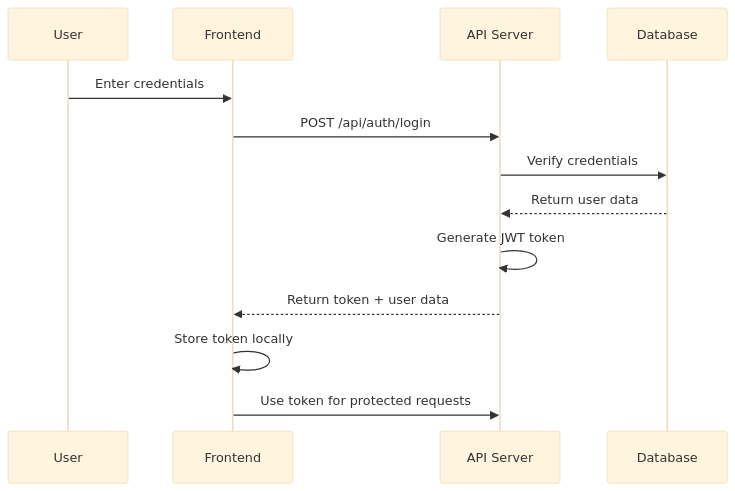
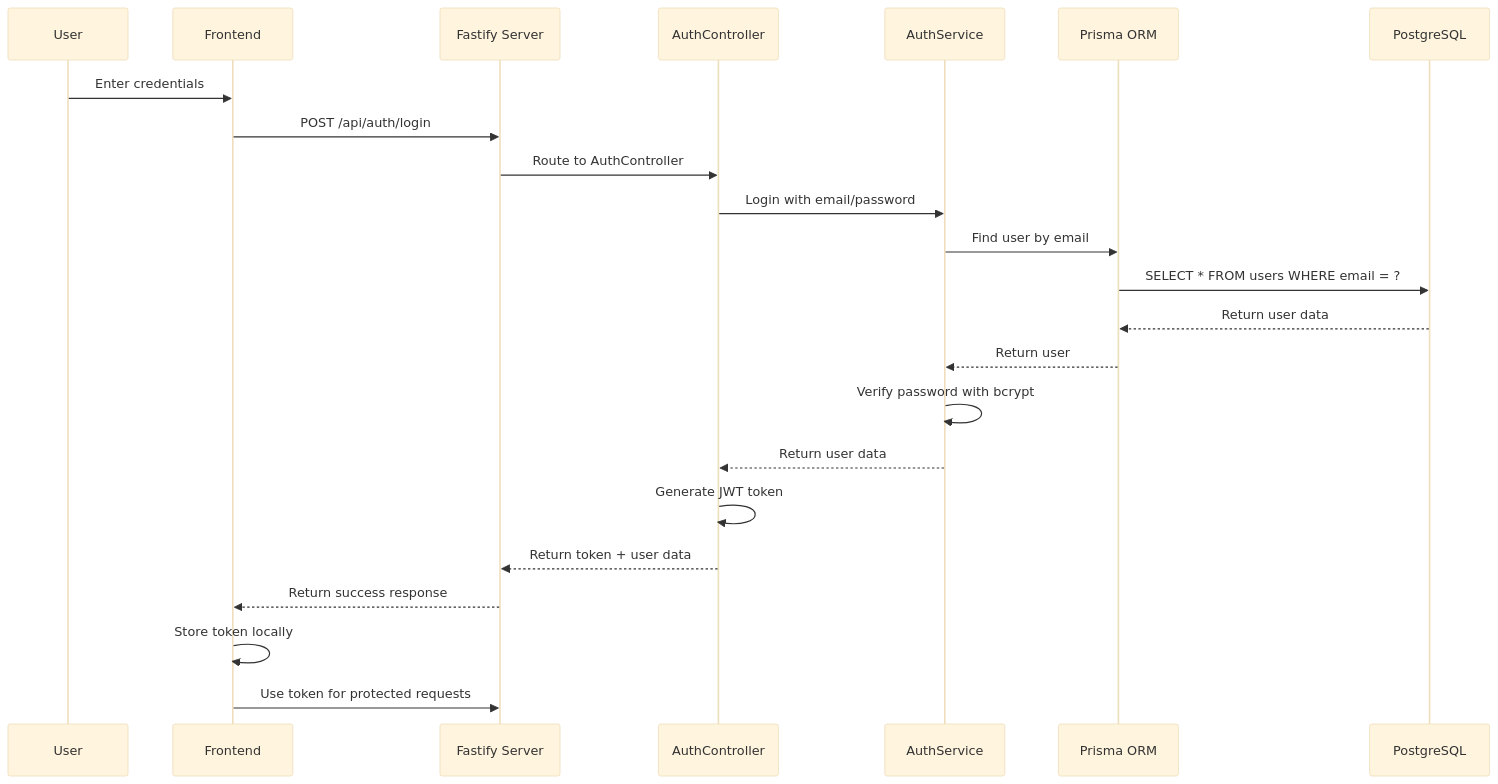
Before and after one commit to hashcott/code-challenge: diagram 17 of 22 in src/problem6/docs/FLOW_DIAGRAM.md, drawn with Mermaid (base theme). The commit also changed other lines of this file, not shown here.

Commit message:
docs: flow diagram

````diff
--- a/src/problem6/docs/FLOW_DIAGRAM.md
+++ b/src/problem6/docs/FLOW_DIAGRAM.md
@@ -358,16 +372,26 @@
 ```mermaid
 sequenceDiagram
     participant U as User
     participant F as Frontend
-    participant A as API Server
-    participant D as Database
+    participant A as Fastify Server
+    participant AC as AuthController
+    participant AS as AuthService
+    participant P as Prisma ORM
+    participant D as PostgreSQL
     
     U->>F: Enter credentials
     F->>A: POST /api/auth/login
-    A->>D: Verify credentials
-    D-->>A: Return user data
-    A->>A: Generate JWT token
-    A-->>F: Return token + user data
+    A->>AC: Route to AuthController
+    AC->>AS: Login with email/password
+    AS->>P: Find user by email
+    P->>D: SELECT * FROM users WHERE email = ?
+    D-->>P: Return user data
+    P-->>AS: Return user
+    AS->>AS: Verify password with bcrypt
+    AS-->>AC: Return user data
+    AC->>AC: Generate JWT token
+    AC-->>A: Return token + user data
+    A-->>F: Return success response
     F->>F: Store token locally
     F->>A: Use token for protected requests
 ```
````
